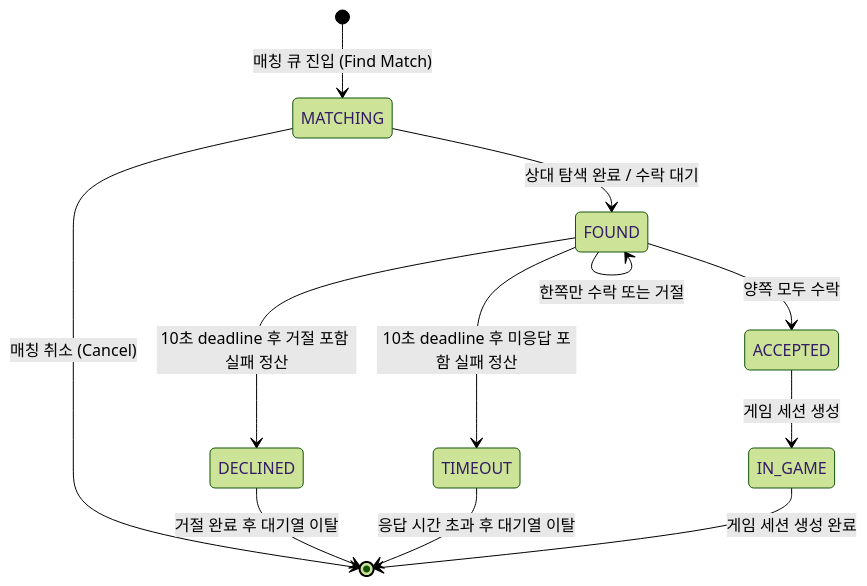
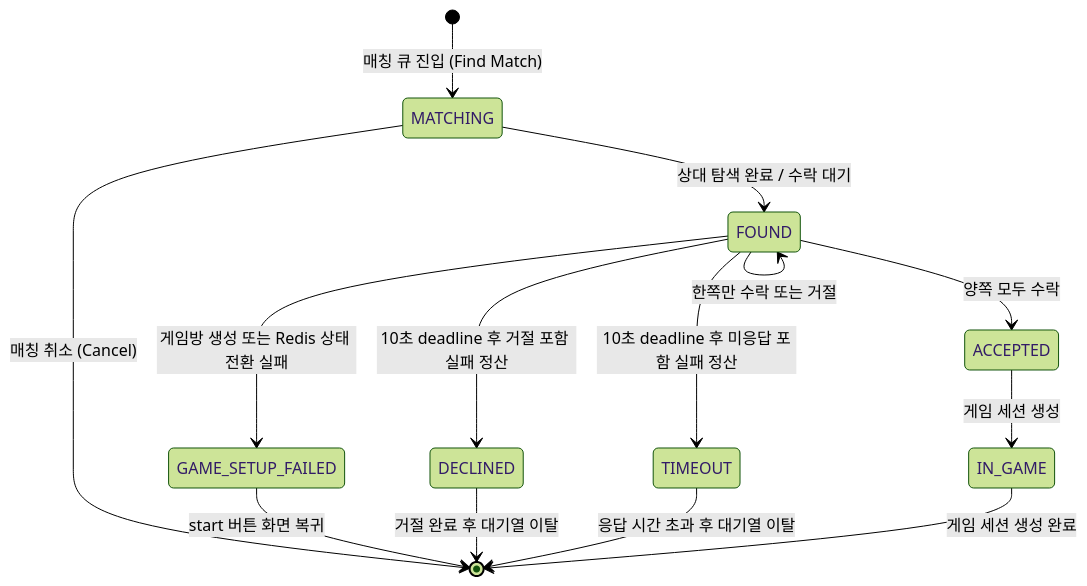
Before and after one commit to moonwhistle/League-of-Star: the second of 11 diagrams in docs/project/domain status.md, drawn with Mermaid (forest theme). The commit also changed other lines of this file and 6 other files, not shown here.

````diff
--- a/docs/project/domain status.md
+++ b/docs/project/domain status.md
@@ -30,17 +30,19 @@
 ```mermaid
 stateDiagram-v2
     [*] --> MATCHING: 매칭 큐 진입 (Find Match)
     MATCHING --> [*]: 매칭 취소 (Cancel)
     MATCHING --> FOUND: 상대 탐색 완료 / 수락 대기
 
     FOUND --> FOUND: 한쪽만 수락 또는 거절
     FOUND --> ACCEPTED: 양쪽 모두 수락
+    FOUND --> GAME_SETUP_FAILED: 게임방 생성 또는 Redis 상태 전환 실패
     FOUND --> DECLINED: 10초 deadline 후 거절 포함 실패 정산
     FOUND --> TIMEOUT: 10초 deadline 후 미응답 포함 실패 정산
 
     ACCEPTED --> IN_GAME: 게임 세션 생성
+    GAME_SETUP_FAILED --> [*]: start 버튼 화면 복귀
     DECLINED --> [*]: 거절 완료 후 대기열 이탈
     TIMEOUT --> [*]: 응답 시간 초과 후 대기열 이탈
 
     IN_GAME --> [*]: 게임 세션 생성 완료
 ```
````
